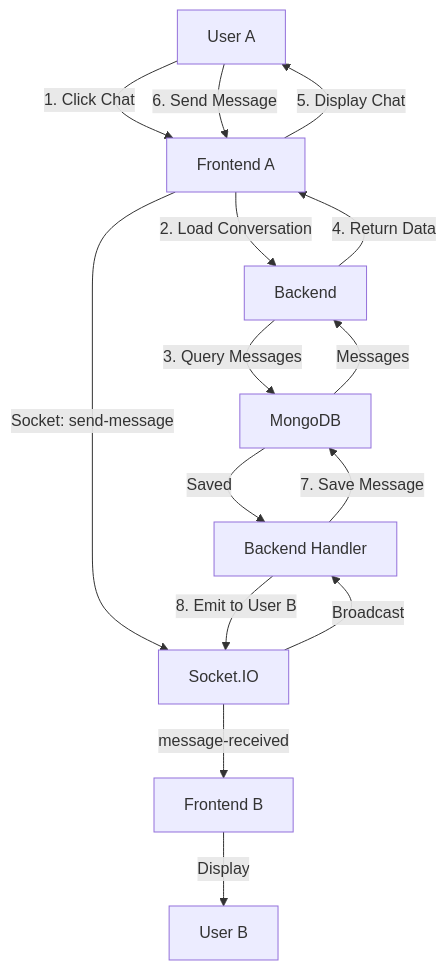
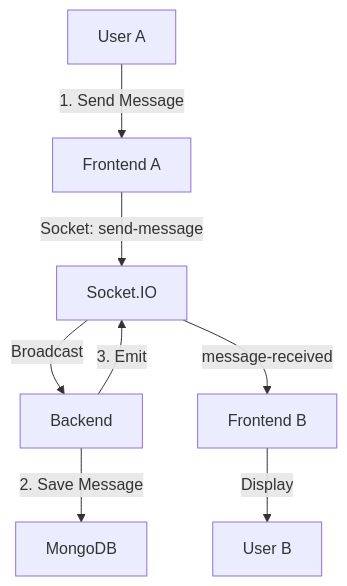
The second of 2 diagrams in README.md (Kunal-Vala/chit-chat), drawn with Mermaid before and after one commit. The commit also changed other lines of this file, not shown here.

````diff
--- a/README.md
+++ b/README.md
@@ -246,18 +171,10 @@
 ```mermaid
 graph TD
-    A[User A] -->|1. Click Chat| B[Frontend A]
-    B -->|2. Load Conversation| C[Backend]
-    C -->|3. Query Messages| D[MongoDB]
-    D -->|Messages| C
-    C -->|4. Return Data| B
-    B -->|5. Display Chat| A
-    
-    A -->|6. Send Message| B
+    A[User A] -->|1. Send Message| B[Frontend A]
     B -->|Socket: send-message| E[Socket.IO]
-    E -->|Broadcast| F[Backend Handler]
-    F -->|7. Save Message| D
-    D -->|Saved| F
-    F -->|8. Emit to User B| E
+    E -->|Broadcast| F[Backend]
+    F -->|2. Save Message| D[MongoDB]
+    F -->|3. Emit | E
     E -->|message-received| G[Frontend B]
     G -->|Display| H[User B]
 ```
````
